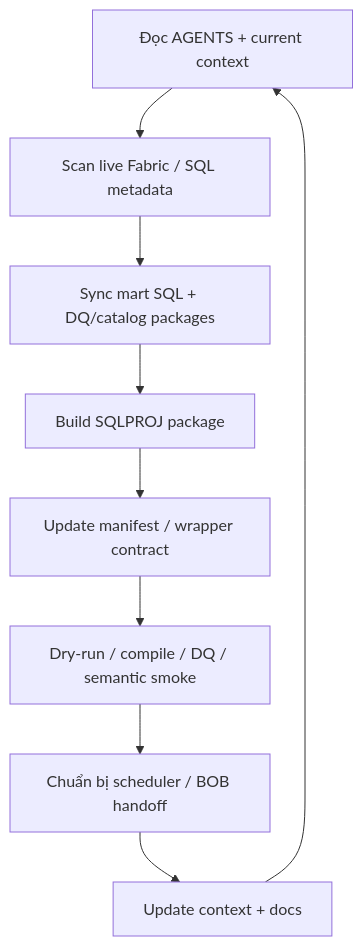
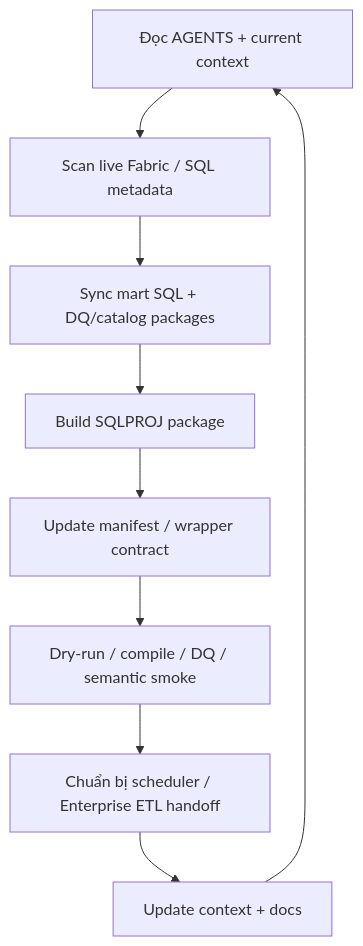
One commit to ankinguyen-engineer-2002/data-architecture-microsoft-medallion-vietnam-data-hub changed the diagram in 01_docs/onboarding/de_operating_cycle.mmd. Above: the diagram before and after it, drawn with Mermaid. The commit also changed 338 other files, not shown here.

Commit message:
docs: canonicalize enterprise etl naming

```diff
--- a/01_docs/onboarding/de_operating_cycle.mmd
+++ b/01_docs/onboarding/de_operating_cycle.mmd
@@ -1,12 +1,12 @@
 flowchart TD
     Context["Đọc AGENTS + current context"]
     Live["Scan live Fabric / SQL metadata"]
     Sync["Sync mart SQL + DQ/catalog packages"]
     Build["Build SQLPROJ package"]
     Manifest["Update manifest / wrapper contract"]
     Validate["Dry-run / compile / DQ / semantic smoke"]
-    Handoff["Chuẩn bị scheduler / BOB handoff"]
+    Handoff["Chuẩn bị scheduler / Enterprise ETL handoff"]
     Log["Update context + docs"]
 
     Context --> Live --> Sync --> Build --> Manifest --> Validate --> Handoff --> Log
     Log --> Context
```
